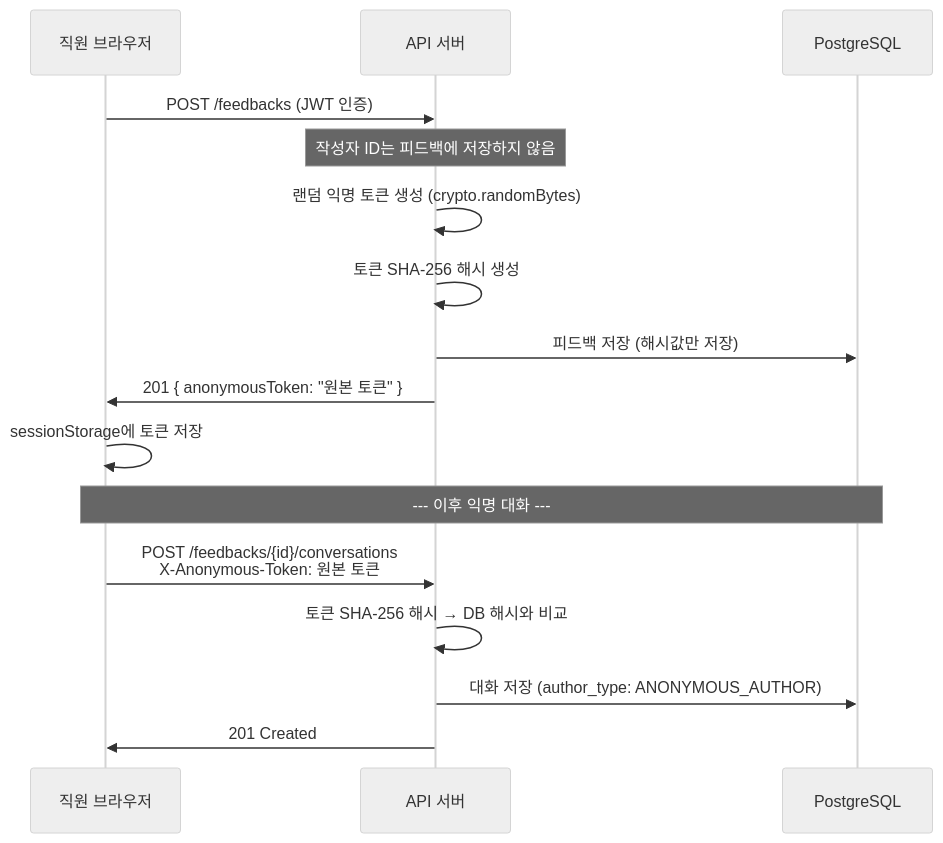
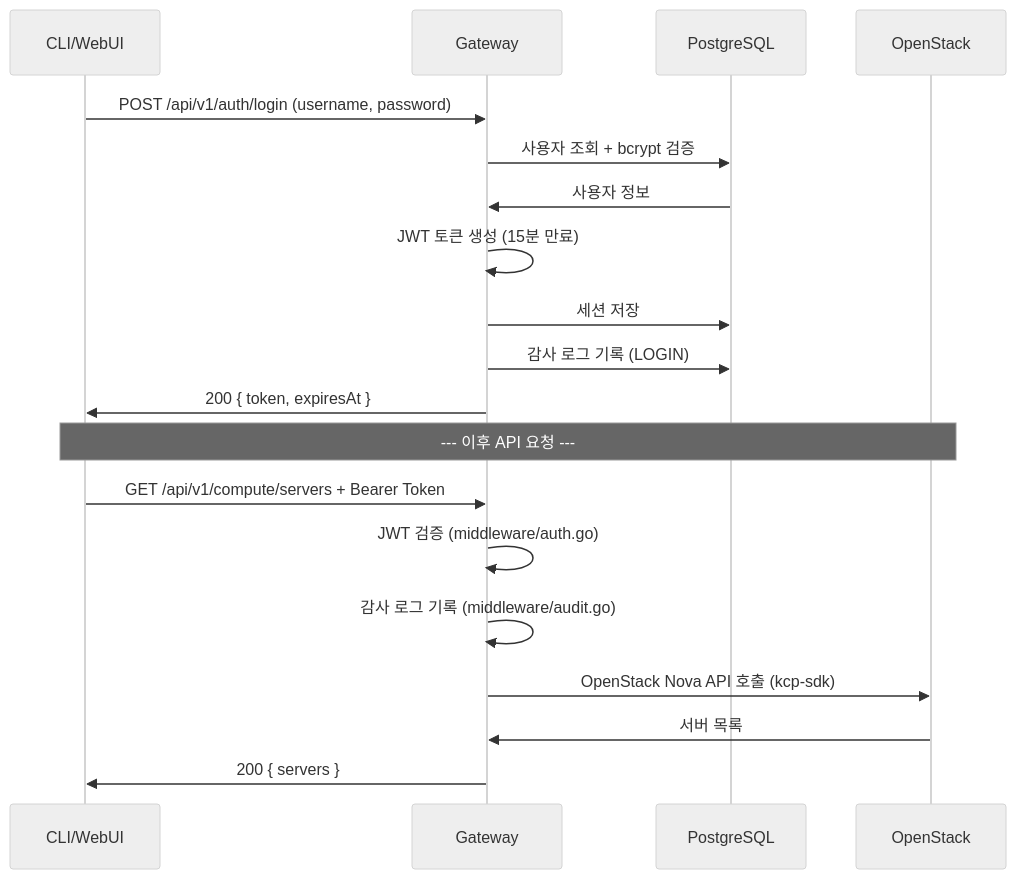
The fifth of 5 diagrams in sdd.md (seungkyua/claude-simple-e2e), drawn with Mermaid (neutral theme) before and after one commit. The commit also changed other lines of this file, not shown here.

Commit message:
[behavioral] Replace AnonVoice SDD with KCP CLI system design document

````diff
--- a/sdd.md
+++ b/sdd.md
@@ -655,21 +758,24 @@
 ```mermaid
 sequenceDiagram
-    participant E as 직원 브라우저
-    participant S as API 서버
+    participant C as CLI/WebUI
+    participant GW as Gateway
     participant DB as PostgreSQL
+    participant OS as OpenStack
 
-    E->>S: POST /feedbacks (JWT 인증)
-    Note over S: 작성자 ID는 피드백에 저장하지 않음
-    S->>S: 랜덤 익명 토큰 생성 (crypto.randomBytes)
-    S->>S: 토큰 SHA-256 해시 생성
-    S->>DB: 피드백 저장 (해시값만 저장)
-    S->>E: 201 { anonymousToken: "원본 토큰" }
-    E->>E: sessionStorage에 토큰 저장
+    C->>GW: POST /api/v1/auth/login (username, password)
+    GW->>DB: 사용자 조회 + bcrypt 검증
+    DB->>GW: 사용자 정보
+    GW->>GW: JWT 토큰 생성 (15분 만료)
+    GW->>DB: 세션 저장
+    GW->>DB: 감사 로그 기록 (LOGIN)
+    GW->>C: 200 { token, expiresAt }
 
-    Note over E,DB: --- 이후 익명 대화 ---
+    Note over C,OS: --- 이후 API 요청 ---
 
-    E->>S: POST /feedbacks/{id}/conversations<br/>X-Anonymous-Token: 원본 토큰
-    S->>S: 토큰 SHA-256 해시 → DB 해시와 비교
-    S->>DB: 대화 저장 (author_type: ANONYMOUS_AUTHOR)
-    S->>E: 201 Created
+    C->>GW: GET /api/v1/compute/servers + Bearer Token
+    GW->>GW: JWT 검증 (middleware/auth.go)
+    GW->>GW: 감사 로그 기록 (middleware/audit.go)
+    GW->>OS: OpenStack Nova API 호출 (kcp-sdk)
+    OS->>GW: 서버 목록
+    GW->>C: 200 { servers }
 ```
````
